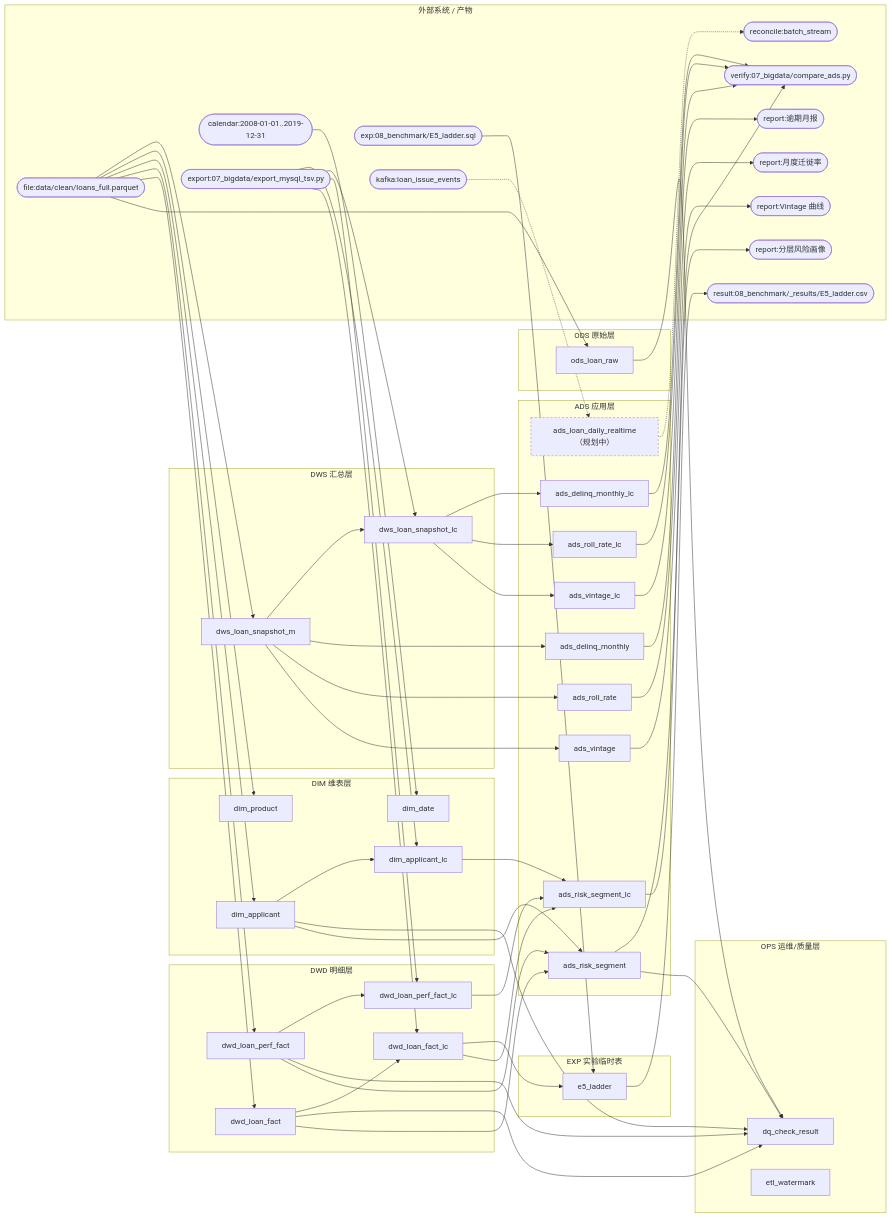
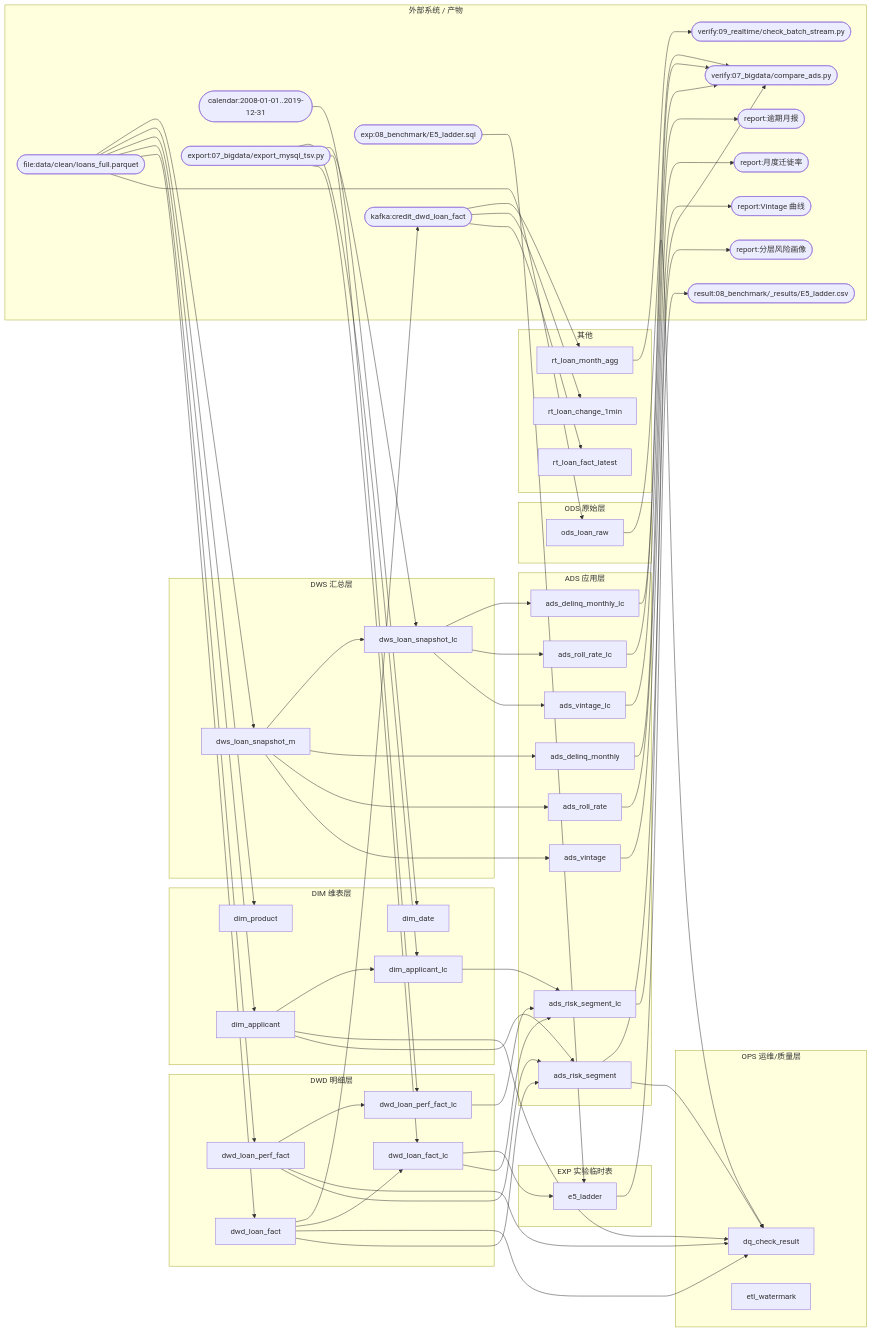
One commit to Laplaceeeeeeee/credit-dwh changed the diagram in docs/数据血缘.md. Above: the diagram before and after it, drawn with Mermaid. The commit also changed other lines of this file and 11 other files, not shown here.

````diff
--- a/docs/数据血缘.md
+++ b/docs/数据血缘.md
@@ -30,7 +30,6 @@
     subgraph sg_ADS["ADS 应用层"]
         n_ads_delinq_monthly["ads_delinq_monthly"]
         n_ads_delinq_monthly_lc["ads_delinq_monthly_lc"]
-        n_ads_loan_daily_realtime["ads_loan_daily_realtime（规划中）"]
         n_ads_risk_segment["ads_risk_segment"]
         n_ads_risk_segment_lc["ads_risk_segment_lc"]
         n_ads_roll_rate["ads_roll_rate"]
@@ -45,25 +44,31 @@
     subgraph sg_EXP["EXP 实验临时表"]
         n_e5_ladder["e5_ladder"]
     end
+    subgraph sg_OTHER["其他"]
+        n_rt_loan_change_1min["rt_loan_change_1min"]
+        n_rt_loan_fact_latest["rt_loan_fact_latest"]
+        n_rt_loan_month_agg["rt_loan_month_agg"]
+    end
     subgraph sg_EXT["外部系统 / 产物"]
         n_ext_calendar_1(["calendar:2008-01-01..2019-12-31"])
         n_ext_exp_2(["exp:08_benchmark/E5_ladder.sql"])
         n_ext_export_3(["export:07_bigdata/export_mysql_tsv.py"])
         n_ext_file_4(["file:data/clean/loans_full.parquet"])
-        n_ext_kafka_5(["kafka:loan_issue_events"])
-        n_ext_reconcile_6(["reconcile:batch_stream"])
-        n_ext_report_7(["report:Vintage 曲线"])
-        n_ext_report_8(["report:分层风险画像"])
-        n_ext_report_9(["report:月度迁徙率"])
-        n_ext_report_10(["report:逾期月报"])
-        n_ext_result_11(["result:08_benchmark/_results/E5_ladder.csv"])
-        n_ext_verify_12(["verify:07_bigdata/compare_ads.py"])
+        n_ext_kafka_5(["kafka:credit_dwd_loan_fact"])
+        n_ext_report_6(["report:Vintage 曲线"])
+        n_ext_report_7(["report:分层风险画像"])
+        n_ext_report_8(["report:月度迁徙率"])
+        n_ext_report_9(["report:逾期月报"])
+        n_ext_result_10(["result:08_benchmark/_results/E5_ladder.csv"])
+        n_ext_verify_11(["verify:07_bigdata/compare_ads.py"])
+        n_ext_verify_12(["verify:09_realtime/check_batch_stream.py"])
     end
 
     n_ods_loan_raw --> n_dq_check_result
     n_dwd_loan_fact --> n_ads_risk_segment
     n_dwd_loan_fact --> n_dq_check_result
     n_dwd_loan_fact --> n_dwd_loan_fact_lc
+    n_dwd_loan_fact --> n_ext_kafka_5
     n_dwd_loan_perf_fact --> n_ads_risk_segment
     n_dwd_loan_perf_fact --> n_dq_check_result
     n_dwd_loan_perf_fact --> n_dwd_loan_perf_fact_lc
@@ -75,10 +80,10 @@
     n_dws_loan_snapshot_m --> n_ads_delinq_monthly
     n_dws_loan_snapshot_m --> n_dws_loan_snapshot_lc
     n_ads_risk_segment --> n_dq_check_result
-    n_ads_risk_segment --> n_ext_report_8
-    n_ads_vintage --> n_ext_report_7
-    n_ads_roll_rate --> n_ext_report_9
-    n_ads_delinq_monthly --> n_ext_report_10
+    n_ads_risk_segment --> n_ext_report_7
+    n_ads_vintage --> n_ext_report_6
+    n_ads_roll_rate --> n_ext_report_8
+    n_ads_delinq_monthly --> n_ext_report_9
     n_dwd_loan_fact_lc --> n_ads_risk_segment_lc
     n_dwd_loan_fact_lc --> n_e5_ladder
     n_dwd_loan_perf_fact_lc --> n_ads_risk_segment_lc
@@ -86,12 +91,12 @@
     n_dws_loan_snapshot_lc --> n_ads_roll_rate_lc
     n_dws_loan_snapshot_lc --> n_ads_delinq_monthly_lc
     n_dim_applicant_lc --> n_ads_risk_segment_lc
-    n_ads_risk_segment_lc --> n_ext_verify_12
-    n_ads_vintage_lc --> n_ext_verify_12
-    n_ads_roll_rate_lc --> n_ext_verify_12
-    n_ads_delinq_monthly_lc --> n_ext_verify_12
-    n_e5_ladder --> n_ext_result_11
-    n_ads_loan_daily_realtime -.-> n_ext_reconcile_6
+    n_ads_risk_segment_lc --> n_ext_verify_11
+    n_ads_vintage_lc --> n_ext_verify_11
+    n_ads_roll_rate_lc --> n_ext_verify_11
+    n_ads_delinq_monthly_lc --> n_ext_verify_11
+    n_e5_ladder --> n_ext_result_10
+    n_rt_loan_month_agg --> n_ext_verify_12
     n_ext_file_4 --> n_ods_loan_raw
     n_ext_file_4 --> n_dwd_loan_fact
     n_ext_file_4 --> n_dwd_loan_perf_fact
@@ -104,6 +109,7 @@
     n_ext_export_3 --> n_dws_loan_snapshot_lc
     n_ext_export_3 --> n_dim_applicant_lc
     n_ext_exp_2 --> n_e5_ladder
-    n_ext_kafka_5 -.-> n_ads_loan_daily_realtime
-    style n_ads_loan_daily_realtime stroke-dasharray: 4 4
+    n_ext_kafka_5 --> n_rt_loan_fact_latest
+    n_ext_kafka_5 --> n_rt_loan_change_1min
+    n_ext_kafka_5 --> n_rt_loan_month_agg
 ```
````
